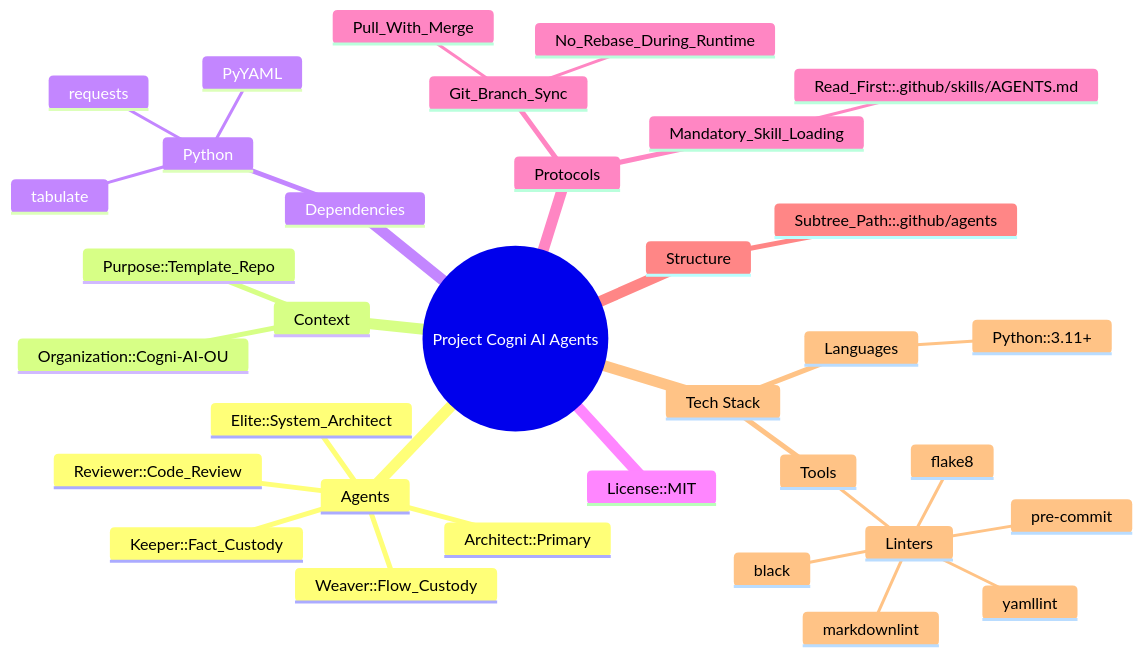
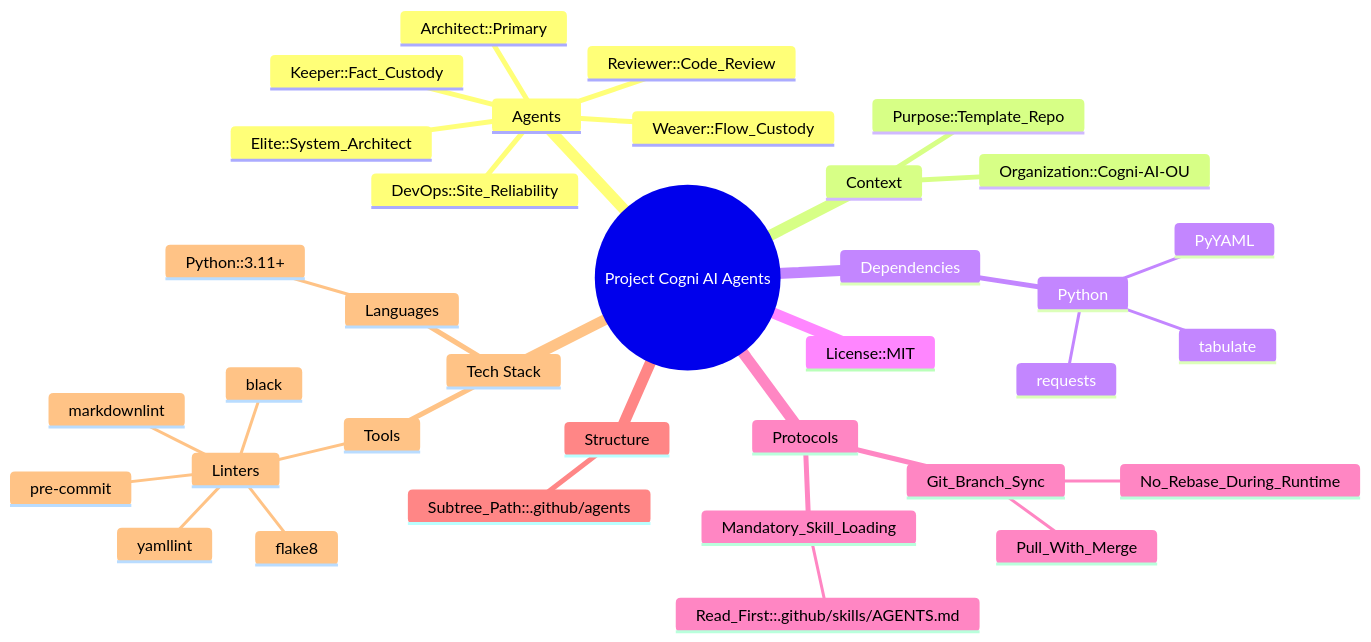
One commit to Cogni-AI-OU/cogni-ai-agents changed the diagram in FACTS.mmd. Above: the diagram before and after it, drawn with Mermaid. The commit also changed 5 other files, not shown here.

Commit message:
Add Cogni AI DevOps agent with initialization flowchart and documentation

```diff
--- a/FACTS.mmd
+++ b/FACTS.mmd
@@ -1,35 +1,36 @@
 mindmap
   root((Project Cogni AI Agents))
     Agents
       Architect::Primary
+      DevOps::Site_Reliability
       Elite::System_Architect
       Keeper::Fact_Custody
       Reviewer::Code_Review
       Weaver::Flow_Custody
     Context
       Organization::Cogni-AI-OU
       Purpose::Template_Repo
     Dependencies
       Python
         PyYAML
         requests
         tabulate
     License::MIT
     Protocols
       Git_Branch_Sync
         No_Rebase_During_Runtime
         Pull_With_Merge
       Mandatory_Skill_Loading
         Read_First::.github/skills/AGENTS.md
     Structure
       Subtree_Path::.github/agents
     Tech Stack
       Languages
         Python::3.11+
       Tools
         Linters
           black
           flake8
           markdownlint
           pre-commit
           yamllint
```
